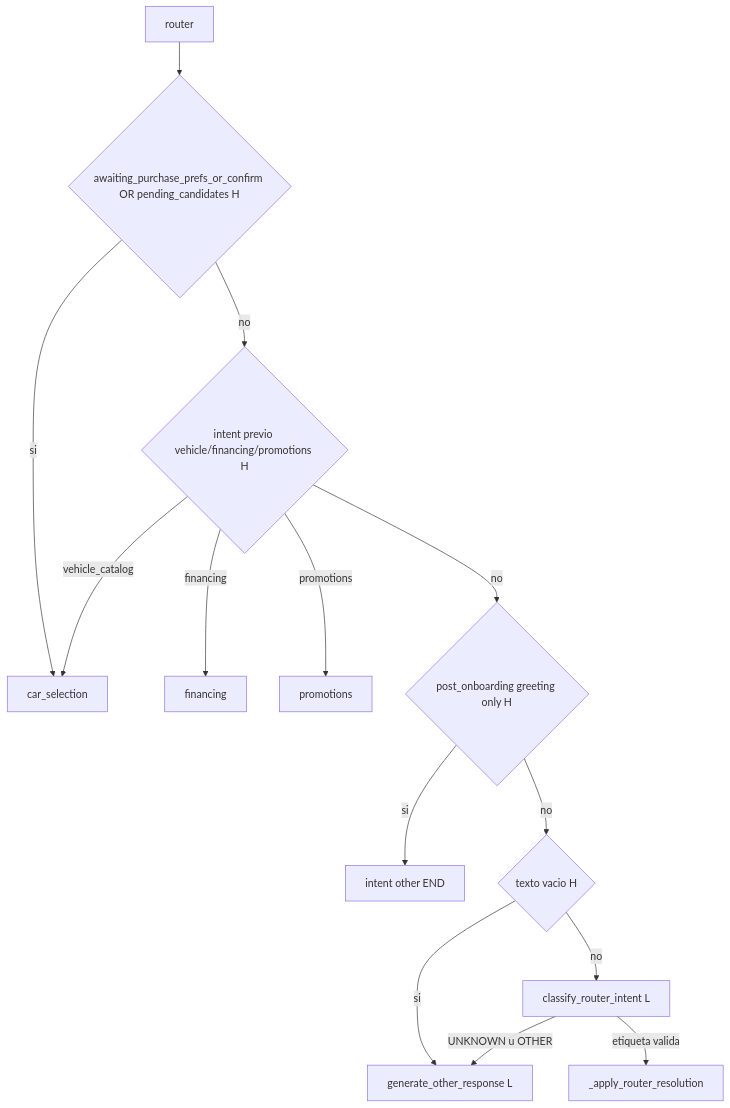
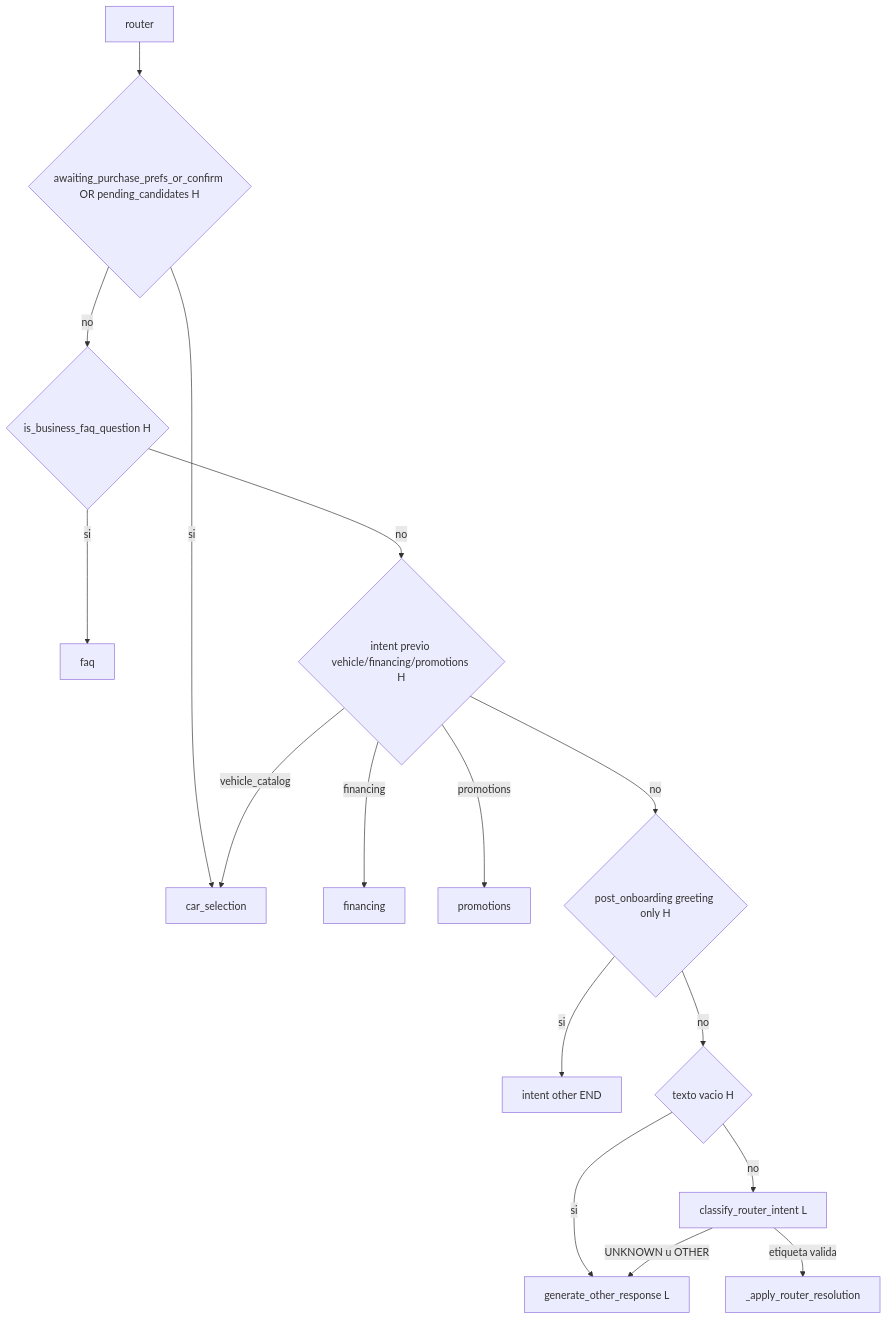
One commit to JoseManuelGdlO/car-advisor-bot changed the fifth of 11 diagrams in bot/docs/flujo-completo.md. Above: the diagram before and after it, drawn with Mermaid. The commit also changed other lines of this file and 5 other files, not shown here.

First line of the commit message:
feat: implement business FAQ handling in router logic

````diff
--- a/bot/docs/flujo-completo.md
+++ b/bot/docs/flujo-completo.md
@@ -189,16 +189,18 @@
 ```mermaid
 flowchart TD
     entry[router] --> h1{awaiting_purchase_prefs_or_confirm OR pending_candidates H}
     h1 -->|si| carSel[car_selection]
-    h1 -->|no| h2{intent previo vehicle/financing/promotions H}
+    h1 -->|no| hFaq{is_business_faq_question H}
+    hFaq -->|si| faqNode[faq]
+    hFaq -->|no| h2{intent previo vehicle/financing/promotions H}
     h2 -->|vehicle_catalog| carSel
     h2 -->|financing| finNode[financing]
     h2 -->|promotions| promNode[promotions]
     h2 -->|no| h3{post_onboarding greeting only H}
     h3 -->|si| otherEarly[intent other END]
     h3 -->|no| h4{texto vacio H}
     h4 -->|si| otherLLM["generate_other_response L"]
     h4 -->|no| llm["classify_router_intent L"]
     llm -->|etiqueta valida| apply["_apply_router_resolution"]
     llm -->|UNKNOWN u OTHER| otherLLM
 ```
````
